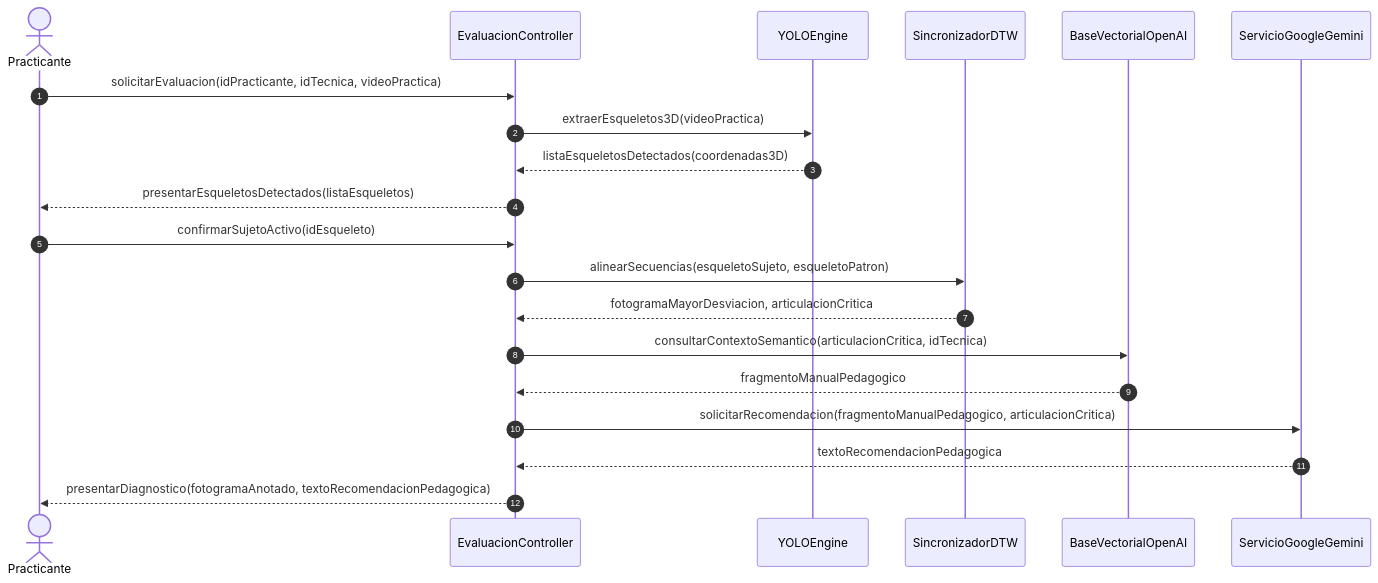
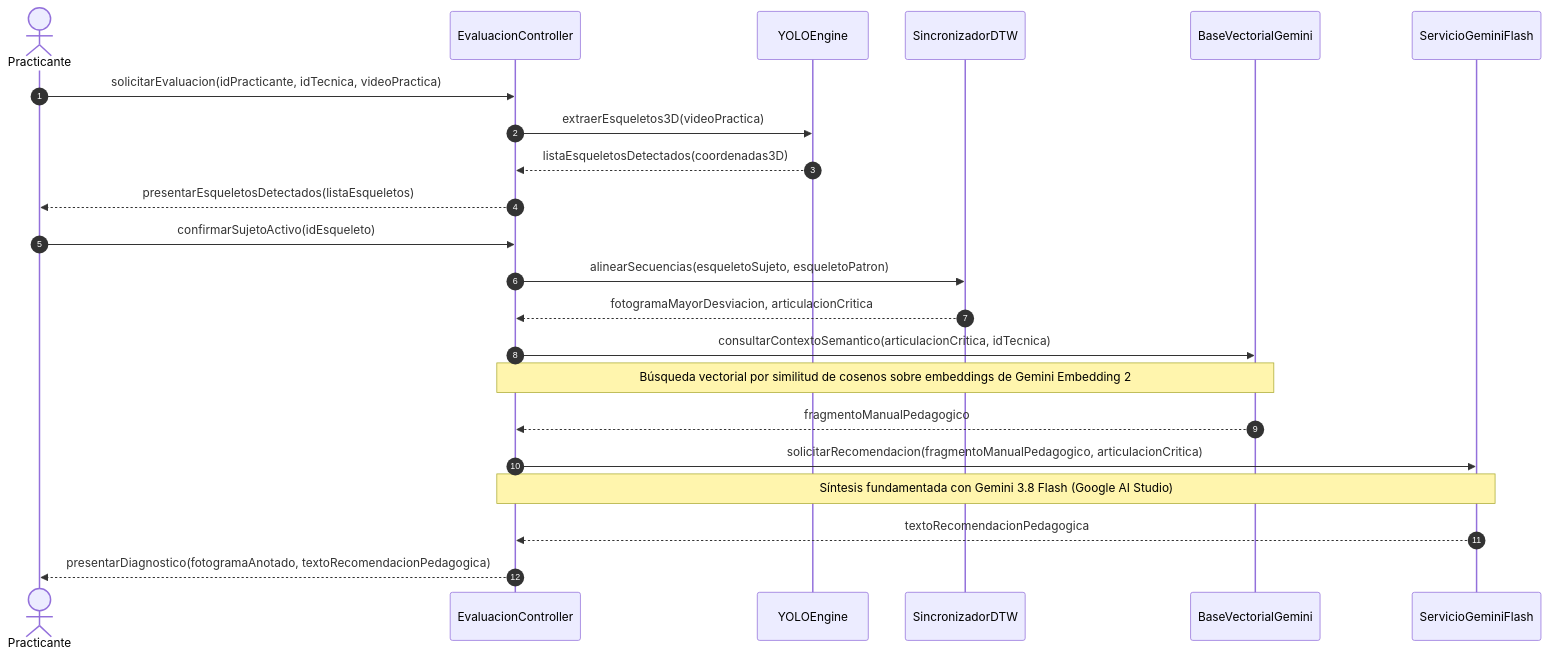
Before and after one commit to Tsmrain/JiuJitsu: the seventh of 8 diagrams in README.md, drawn with Mermaid. The commit also changed other lines of this file, not shown here.

Commit message:
docs: update RAG architecture documentation to specify Gemini Embedding 2 and Gemini 3.8 Flash models

````diff
--- a/README.md
+++ b/README.md
@@ -569,23 +569,25 @@
 ```mermaid
 sequenceDiagram
     autonumber
     actor P as Practicante
     participant C as EvaluacionController
     participant V as YOLOEngine
     participant D as SincronizadorDTW
-    participant R as BaseVectorialOpenAI
-    participant G as ServicioGoogleGemini
+    participant R as BaseVectorialGemini
+    participant G as ServicioGeminiFlash
 
     P->>C: solicitarEvaluacion(idPracticante, idTecnica, videoPractica)
     C->>V: extraerEsqueletos3D(videoPractica)
     V-->>C: listaEsqueletosDetectados(coordenadas3D)
     C-->>P: presentarEsqueletosDetectados(listaEsqueletos)
     P->>C: confirmarSujetoActivo(idEsqueleto)
     C->>D: alinearSecuencias(esqueletoSujeto, esqueletoPatron)
     D-->>C: fotogramaMayorDesviacion, articulacionCritica
     C->>R: consultarContextoSemantico(articulacionCritica, idTecnica)
+    Note over C,R: Búsqueda vectorial por similitud de cosenos sobre embeddings de Gemini Embedding 2
     R-->>C: fragmentoManualPedagogico
     C->>G: solicitarRecomendacion(fragmentoManualPedagogico, articulacionCritica)
+    Note over C,G: Síntesis fundamentada con Gemini 3.8 Flash (Google AI Studio)
     G-->>C: textoRecomendacionPedagogica
     C-->>P: presentarDiagnostico(fotogramaAnotado, textoRecomendacionPedagogica)
 ```
````
